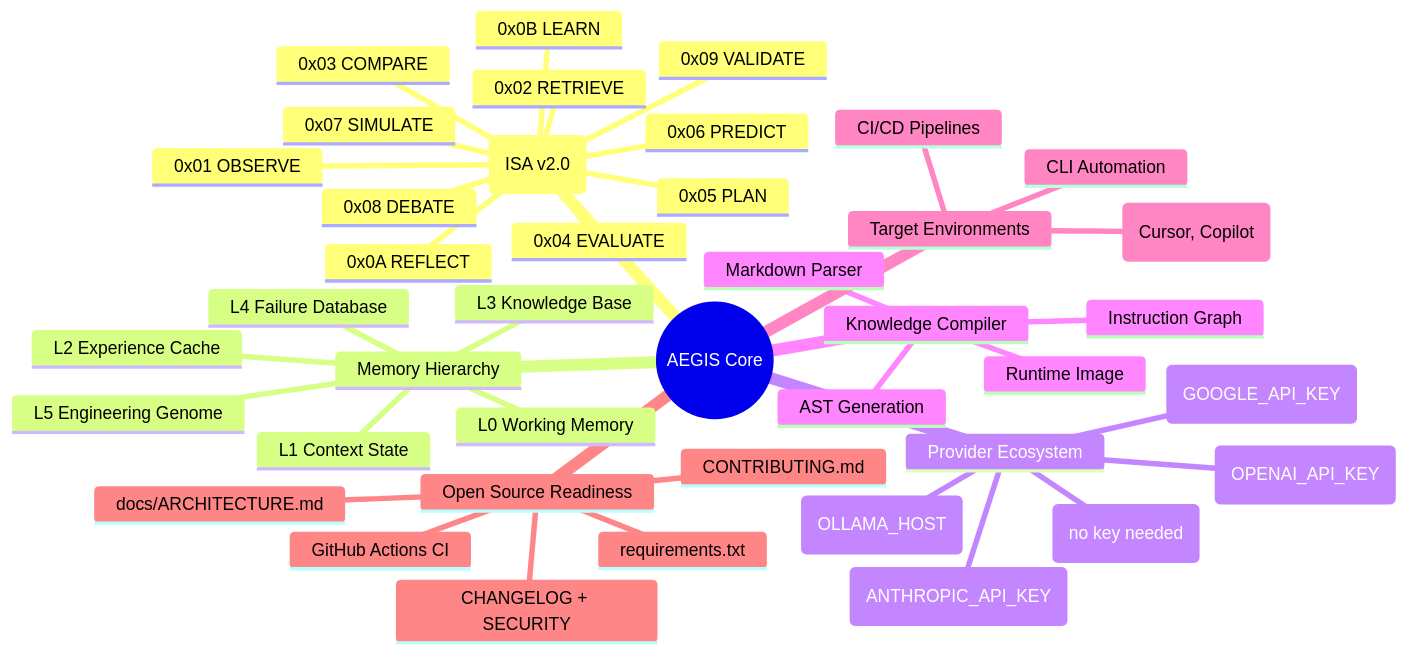
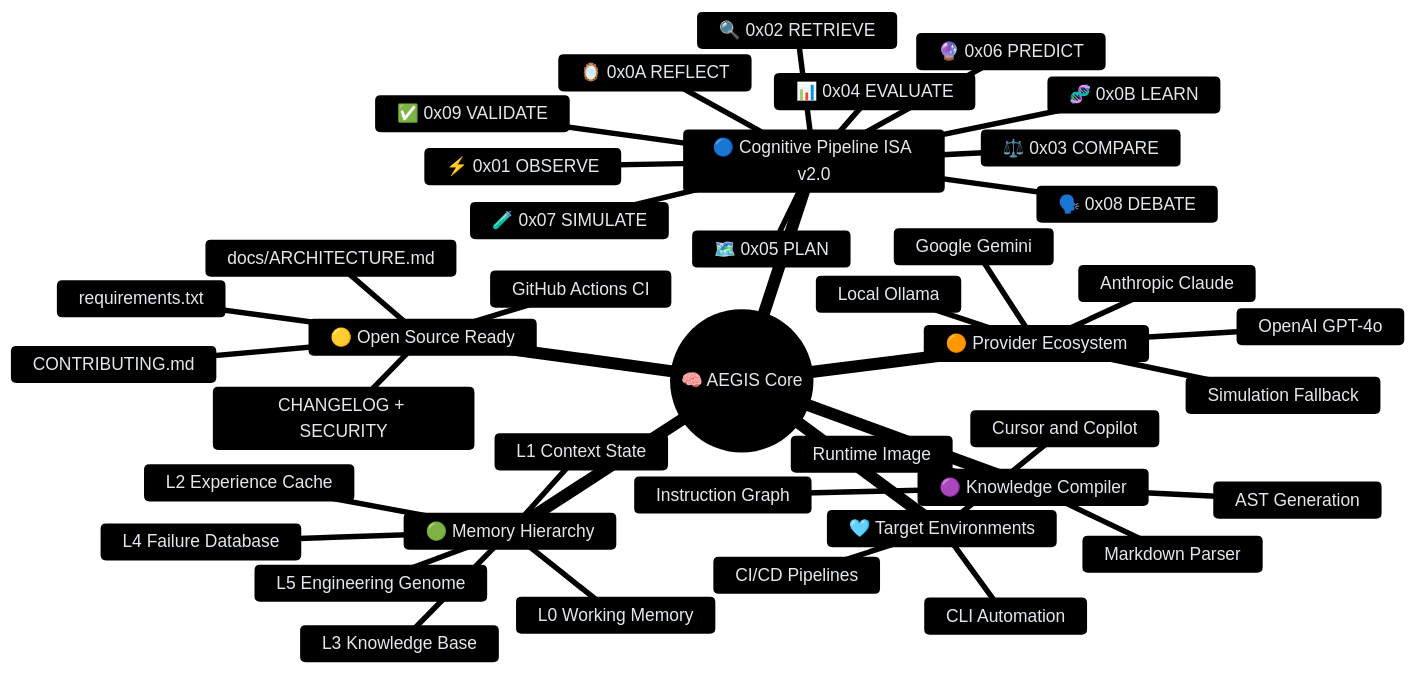
Before and after one commit to wahyunuriman999/AEGIS-Core: the diagram in README.md, drawn with Mermaid.

Commit message:
style(readme): update product map mindmap with vibrant dark theme + emoji color coding

````diff
--- a/README.md
+++ b/README.md
@@ -44,44 +44,63 @@
 ```mermaid
+%%{init: {
+  "theme": "base",
+  "themeVariables": {
+    "primaryColor": "#0f172a",
+    "primaryTextColor": "#e2e8f0",
+    "primaryBorderColor": "#38bdf8",
+    "lineColor": "#64748b",
+    "secondaryColor": "#1e293b",
+    "tertiaryColor": "#0f172a",
+    "background": "#020617",
+    "mainBkg": "#0f172a",
+    "nodeBorder": "#38bdf8",
+    "clusterBkg": "#1e293b",
+    "titleColor": "#38bdf8",
+    "edgeLabelBackground": "#1e293b",
+    "attributeBackgroundColorEven": "#1e293b",
+    "attributeBackgroundColorOdd": "#0f172a"
+  }
+}}%%
 mindmap
-  root((AEGIS Core))
-    Cognitive Pipeline (ISA v2.0)
-      0x01 OBSERVE
-      0x02 RETRIEVE
-      0x03 COMPARE
-      0x04 EVALUATE
-      0x05 PLAN
-      0x06 PREDICT
-      0x07 SIMULATE
-      0x08 DEBATE
-      0x09 VALIDATE
-      0x0A REFLECT
-      0x0B LEARN
-    Memory Hierarchy
+  root((🧠 AEGIS Core))
+    🔵 Cognitive Pipeline ISA v2.0
+      ⚡ 0x01 OBSERVE
+      🔍 0x02 RETRIEVE
+      ⚖️ 0x03 COMPARE
+      📊 0x04 EVALUATE
+      🗺️ 0x05 PLAN
+      🔮 0x06 PREDICT
+      🧪 0x07 SIMULATE
+      🗣️ 0x08 DEBATE
+      ✅ 0x09 VALIDATE
+      🪞 0x0A REFLECT
+      🧬 0x0B LEARN
+    🟢 Memory Hierarchy
       L0 Working Memory
       L1 Context State
       L2 Experience Cache
       L3 Knowledge Base
       L4 Failure Database
       L5 Engineering Genome
-    Provider Ecosystem
-      OpenAI (OPENAI_API_KEY)
-      Anthropic (ANTHROPIC_API_KEY)
-      Google Gemini (GOOGLE_API_KEY)
-      Local Ollama (OLLAMA_HOST)
-      Simulation (no key needed)
-    Knowledge Compiler
+    🟠 Provider Ecosystem
+      OpenAI GPT-4o
+      Anthropic Claude
+      Google Gemini
+      Local Ollama
+      Simulation Fallback
+    🟣 Knowledge Compiler
       Markdown Parser
       AST Generation
       Instruction Graph
       Runtime Image
-    Target Environments
+    🩵 Target Environments
       CLI Automation
-      IDE Integrations (Cursor, Copilot)
+      Cursor and Copilot
       CI/CD Pipelines
-    Open Source Readiness
+    🟡 Open Source Ready
       requirements.txt
       CONTRIBUTING.md
       GitHub Actions CI
       CHANGELOG + SECURITY
       docs/ARCHITECTURE.md
 ```
````
